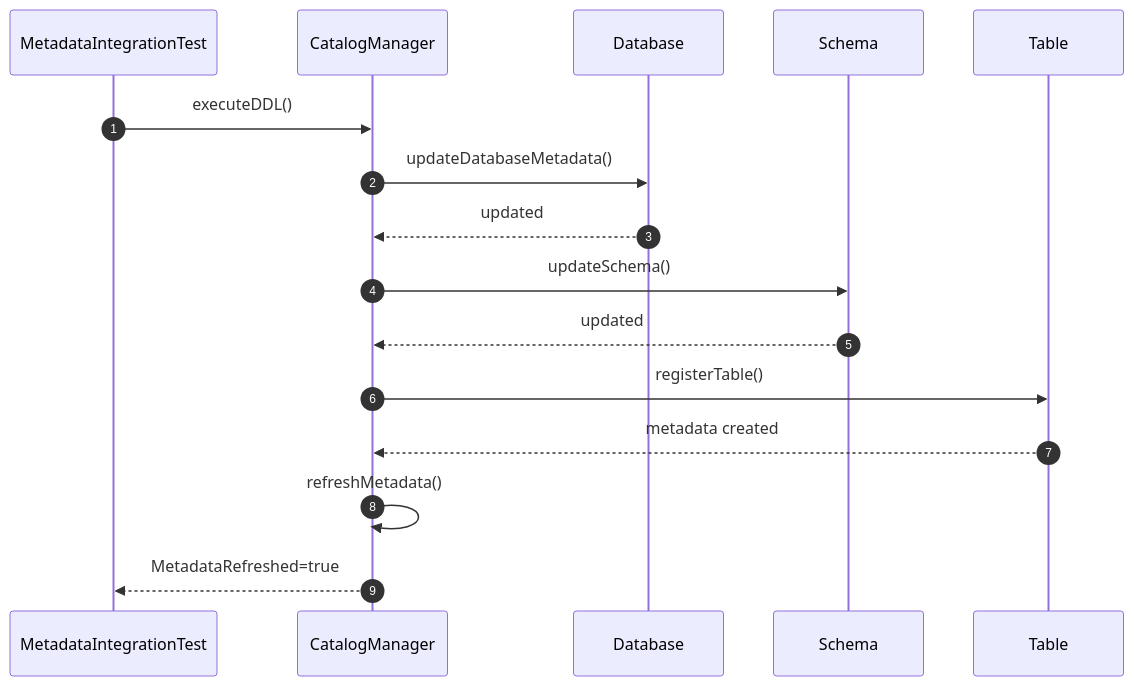
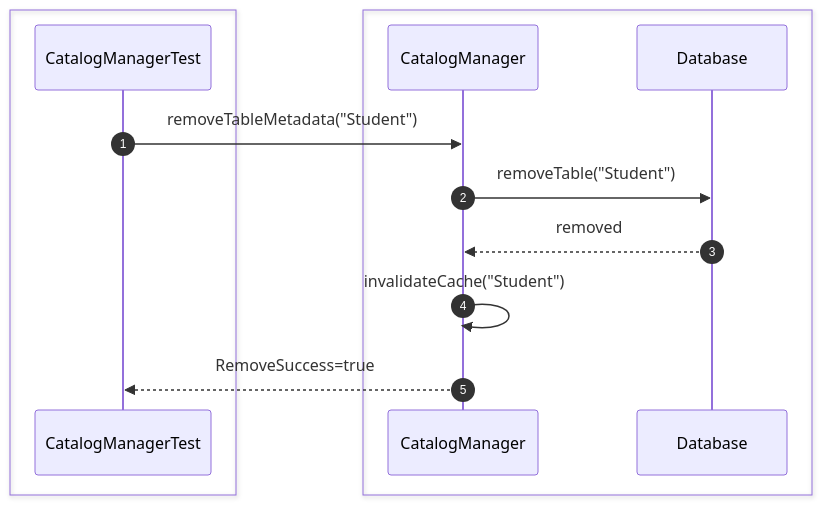
Diagram 15 of 28 in src/sequence/catalog.md (Huy1801214/dbms-architecture), drawn with Mermaid before and after one commit. The commit also changed other lines of this file and 10 other files, not shown here.

Commit message:
add comprehensive sequence diagrams and documentation for system architecture and unit testing specifications

````diff
--- a/src/sequence/catalog.md
+++ b/src/sequence/catalog.md
@@ -163,27 +326,21 @@
 ```mermaid
 sequenceDiagram
     autonumber
-    participant Test as MetadataIntegrationTest
+    box #e1f5fe Test Suite
+    participant Test as CatalogManagerTest
+    end
+    box #e8f5e9 Catalog Objects
     participant Catalog as CatalogManager
     participant DB as Database
-    participant Schema as Schema
-    participant Tbl as Table
+    end
 
-    Test->>Catalog: executeDDL()
+    Test->>Catalog: removeTableMetadata("Student")
 
-    Catalog->>DB: updateDatabaseMetadata()
+    Catalog->>DB: removeTable("Student")
 
-    DB-->>Catalog: updated
+    DB-->>Catalog: removed
 
-    Catalog->>Schema: updateSchema()
+    Catalog->>Catalog: invalidateCache("Student")
 
-    Schema-->>Catalog: updated
-
-    Catalog->>Tbl: registerTable()
-
-    Tbl-->>Catalog: metadata created
-
-    Catalog->>Catalog: refreshMetadata()
-
-    Catalog-->>Test: MetadataRefreshed=true
+    Catalog-->>Test: RemoveSuccess=true
 ```
````
